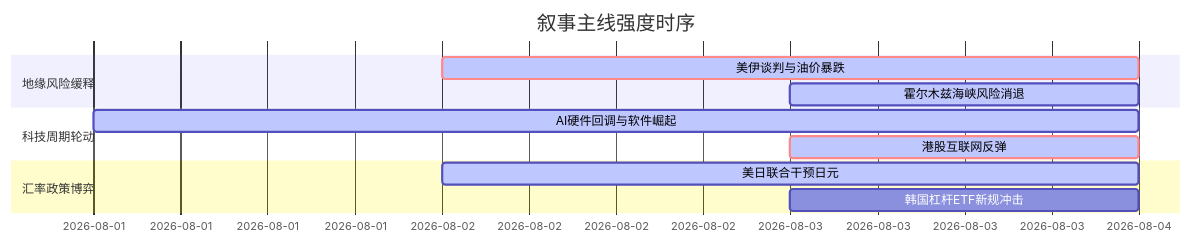
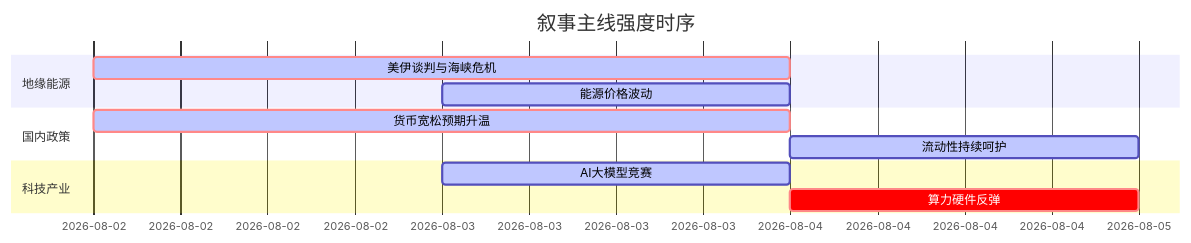
One commit to uu5zn/uu5zn.github.io changed the diagram in 5day_report.md. Above: the diagram before and after it, drawn with Mermaid. The commit also changed other lines of this file and 24 other files, not shown here.

````diff
--- a/5day_report.md
+++ b/5day_report.md
@@ -58,16 +61,16 @@
 ```mermaid
 gantt
     title 叙事主线强度时序
     dateFormat YYYY-MM-DD
-    section 地缘风险缓释
-    美伊谈判与油价暴跌   :crit, active, 2026-08-02, 2d
-    霍尔木兹海峡风险消退   :active, 2026-08-03, 1d
+    section 地缘能源
+    美伊谈判与海峡危机   :crit, active, 2026-08-02, 2d
+    能源价格波动         :active, 2026-08-03, 1d
     
-    section 科技周期轮动
-    AI硬件回调与软件崛起   :active, 2026-08-01, 3d
-    港股互联网反弹   :crit, active, 2026-08-03, 1d
+    section 国内政策
+    货币宽松预期升温     :crit, active, 2026-08-02, 2d
+    流动性持续呵护       :active, 2026-08-04, 1d
     
-    section 汇率政策博弈
-    美日联合干预日元   :active, 2026-08-02, 2d
-    韩国杠杆ETF新规冲击   :2026-08-03, 1d
+    section 科技产业
+    AI大模型竞赛         :active, 2026-08-03, 1d
+    算力硬件反弹         :crit, 2026-08-04, 1d
 ```
````
